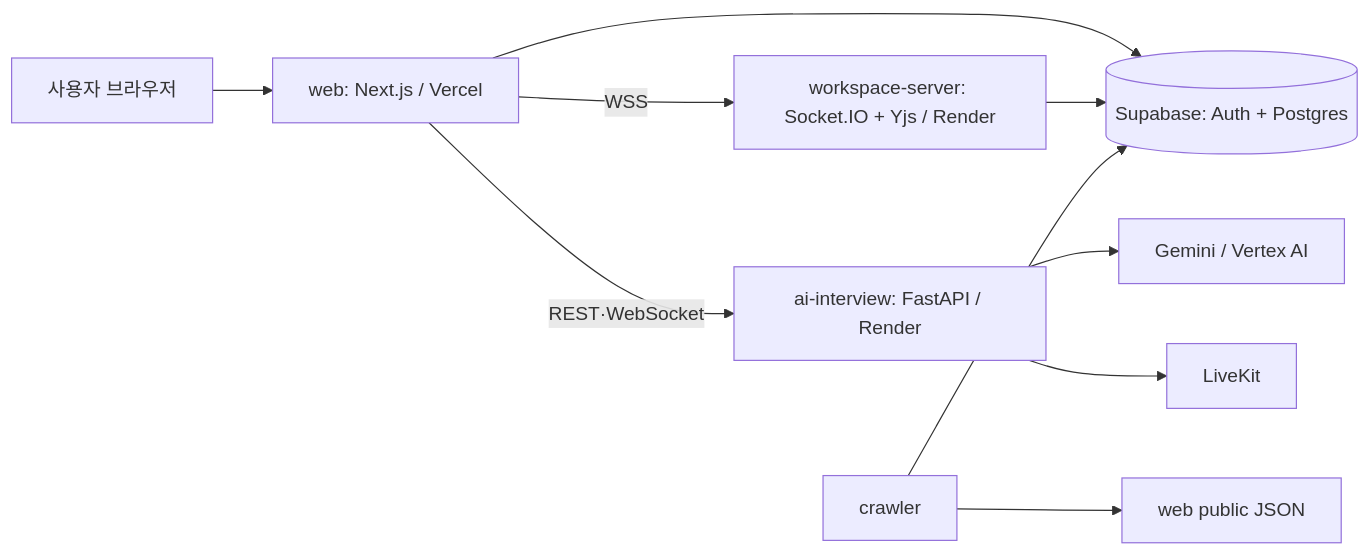
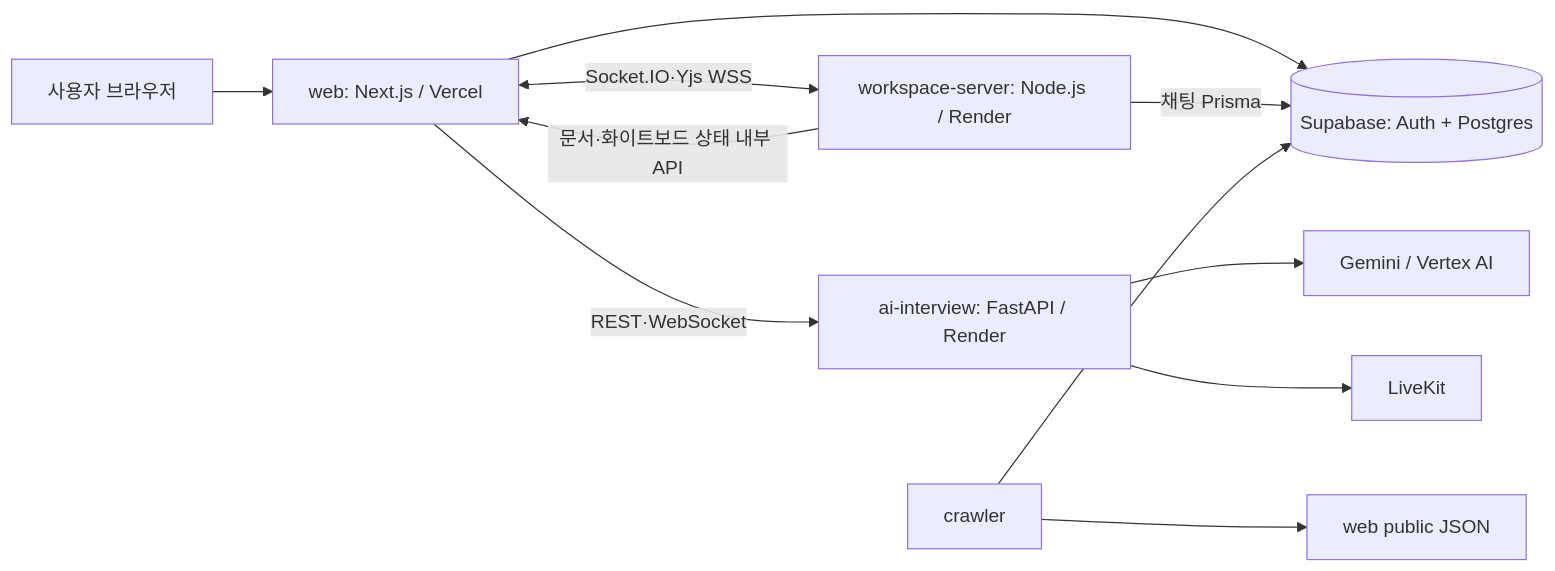
One commit to Buc-Capstone-Dibut/buc_Capstone_DEMO changed the diagram in docs/PROJECT_REFERENCE.md. Above: the diagram before and after it, drawn with Mermaid. The commit also changed other lines of this file and 9 other files, not shown here.

````diff
--- a/docs/PROJECT_REFERENCE.md
+++ b/docs/PROJECT_REFERENCE.md
@@ -31,12 +31,13 @@
 ```mermaid
 flowchart LR
     U[사용자 브라우저] --> W[web: Next.js / Vercel]
     W --> S[(Supabase: Auth + Postgres)]
     W -->|REST·WebSocket| I[ai-interview: FastAPI / Render]
-    W -->|WSS| C[workspace-server: Socket.IO + Yjs / Render]
+    W <-->|Socket.IO·Yjs WSS| C[workspace-server: Node.js / Render]
+    C -->|채팅 Prisma| S
+    C -->|문서·화이트보드 상태 내부 API| W
     I --> G[Gemini / Vertex AI]
     I --> L[LiveKit]
-    C --> S
     R[crawler] --> S
     R --> J[web public JSON]
 ```
````
